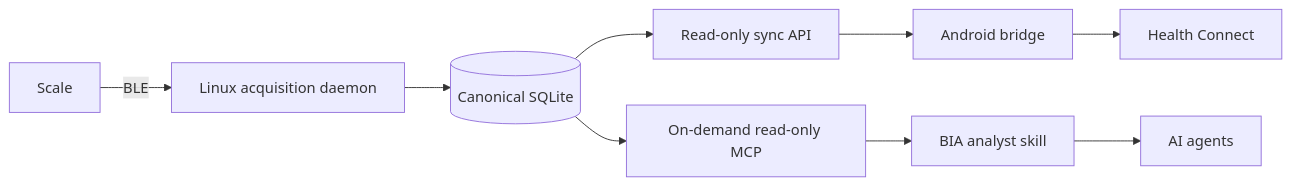
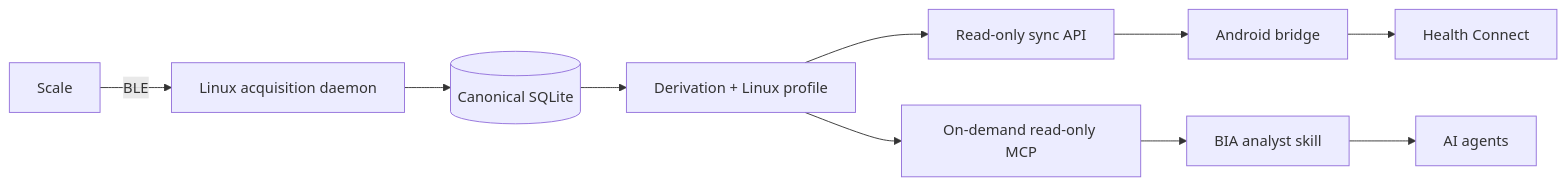
Before and after one commit to eggmasonvalue/tracky: the diagram in context/MAP.md, drawn with Mermaid. The commit also changed other lines of this file and 19 other files, not shown here.

````diff
--- a/context/MAP.md
+++ b/context/MAP.md
@@ -7,11 +7,12 @@
 ```mermaid
 flowchart LR
     Scale[Scale] -->|BLE| Daemon[Linux acquisition daemon]
     Daemon --> Store[(Canonical SQLite)]
-    Store --> Sync[Read-only sync API]
-    Store --> MCP[On-demand read-only MCP]
+    Store --> Derive[Derivation + Linux profile]
+    Derive --> Sync[Read-only sync API]
+    Derive --> MCP[On-demand read-only MCP]
     MCP --> Skill[BIA analyst skill]
     Skill --> Agents[AI agents]
     Sync --> Android[Android bridge]
     Android --> HC[Health Connect]
 ```
````
